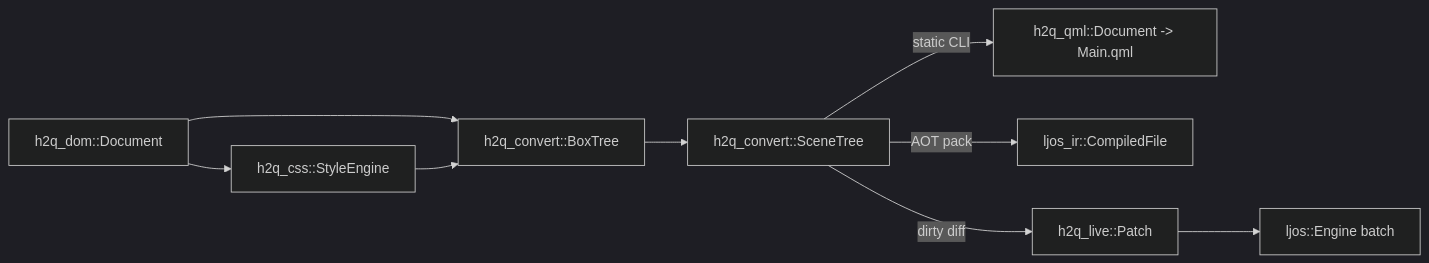
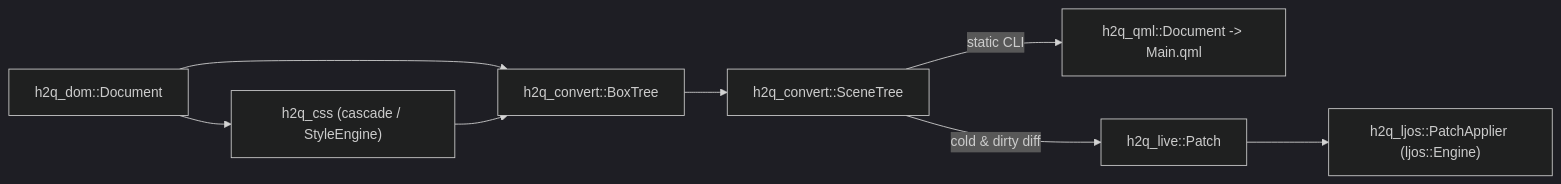
Before and after one commit to hal-c2/eldur: the diagram in docs/design/live-dom.md, drawn with Mermaid (dark theme). The commit also changed other lines of this file, not shown here.

Commit message:
docs(design): address review feedback on live DOM and HtmlView design

````diff
--- a/docs/design/live-dom.md
+++ b/docs/design/live-dom.md
@@ -25,11 +27,10 @@
 ```mermaid
 flowchart LR
-    dom["h2q_dom::Document"] --> css["h2q_css::StyleEngine"]
+    dom["h2q_dom::Document"] --> css["h2q_css (cascade / StyleEngine)"]
     dom --> boxes["h2q_convert::BoxTree"]
     css --> boxes
     boxes --> scene["h2q_convert::SceneTree"]
     scene -->|static CLI| qml["h2q_qml::Document -> Main.qml"]
-    scene -->|AOT pack| ir["ljos_ir::CompiledFile"]
-    scene -->|dirty diff| patch["h2q_live::Patch"]
-    patch --> engine["ljos::Engine batch"]
+    scene -->|cold & dirty diff| patch["h2q_live::Patch"]
+    patch --> engine["h2q_ljos::PatchApplier (ljos::Engine)"]
 ```
````
